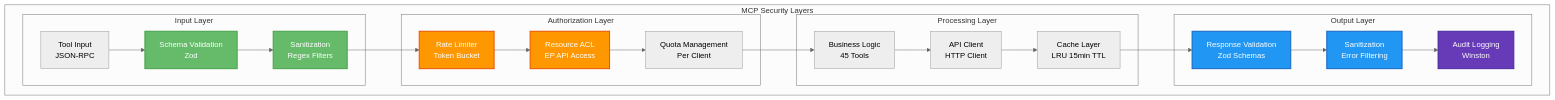
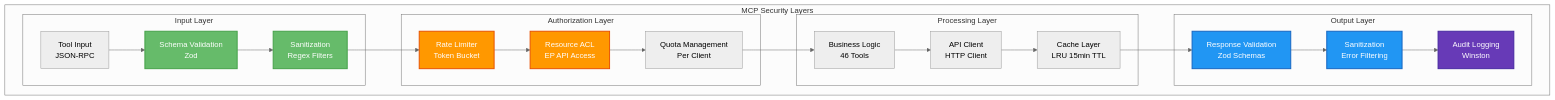
Diagram 23 of 27 in docs/api/media/SECURITY_ARCHITECTURE.md (Hack23/European-Parliament-MCP-Server), drawn with Mermaid (neutral theme) before and after one commit. The commit also changed other lines of this file and 36 other files, not shown here.

````diff
--- a/docs/api/media/SECURITY_ARCHITECTURE.md
+++ b/docs/api/media/SECURITY_ARCHITECTURE.md
@@ -2847,48 +2847,48 @@
 ```mermaid
 graph TB
     subgraph "MCP Security Layers"
         subgraph "Input Layer"
             I1[Tool Input<br/>JSON-RPC]
             I2[Schema Validation<br/>Zod]
             I3[Sanitization<br/>Regex Filters]
         end
         
         subgraph "Authorization Layer"
             A1[Rate Limiter<br/>Token Bucket]
             A2[Resource ACL<br/>EP API Access]
             A3[Quota Management<br/>Per Client]
         end
         
         subgraph "Processing Layer"
-            P1[Business Logic<br/>45 Tools]
+            P1[Business Logic<br/>46 Tools]
             P2[API Client<br/>HTTP Client]
             P3[Cache Layer<br/>LRU 15min TTL]
         end
         
         subgraph "Output Layer"
             O1[Response Validation<br/>Zod Schemas]
             O2[Sanitization<br/>Error Filtering]
             O3[Audit Logging<br/>Winston]
         end
     end
     
     I1 --> I2
     I2 --> I3
     I3 --> A1
     A1 --> A2
     A2 --> A3
     A3 --> P1
     P1 --> P2
     P2 --> P3
     P3 --> O1
     O1 --> O2
     O2 --> O3
     
     style I2 fill:#66BB6A,stroke:#43A047,stroke-width:2px,color:white
     style I3 fill:#66BB6A,stroke:#43A047,stroke-width:2px,color:white
     style A1 fill:#FF9800,stroke:#E65100,stroke-width:2px,color:white
     style A2 fill:#FF9800,stroke:#E65100,stroke-width:2px,color:white
     style O1 fill:#2196F3,stroke:#1565C0,stroke-width:2px,color:white
     style O2 fill:#2196F3,stroke:#1565C0,stroke-width:2px,color:white
     style O3 fill:#673AB7,stroke:#4527A0,stroke-width:2px,color:white
 ```
````
